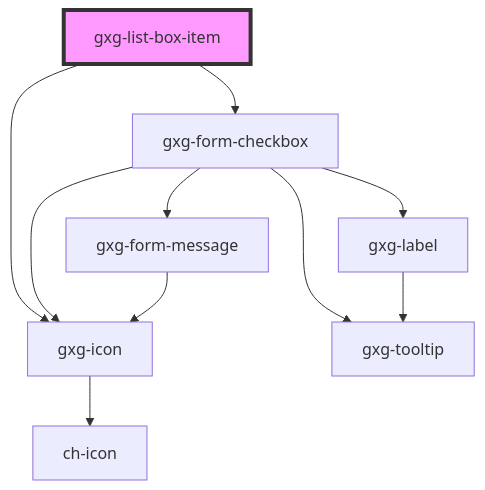
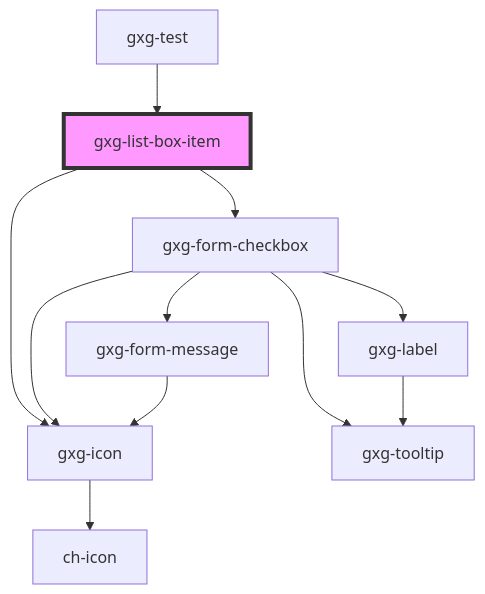
Before and after one commit to genexuslabs/gemini: the diagram in src/components/list-box-item/readme.md, drawn with Mermaid. The commit also changed other lines of this file and 10 other files, not shown here.

Commit message:
update list-box

````diff
--- a/src/components/list-box-item/readme.md
+++ b/src/components/list-box-item/readme.md
@@ -41,13 +43,14 @@
 ```mermaid
 graph TD;
   gxg-list-box-item --> gxg-form-checkbox
   gxg-list-box-item --> gxg-icon
   gxg-form-checkbox --> gxg-icon
   gxg-form-checkbox --> gxg-label
   gxg-form-checkbox --> gxg-form-message
   gxg-form-checkbox --> gxg-tooltip
   gxg-icon --> ch-icon
   gxg-label --> gxg-tooltip
   gxg-form-message --> gxg-icon
+  gxg-test --> gxg-list-box-item
   style gxg-list-box-item fill:#f9f,stroke:#333,stroke-width:4px
 ```
````
